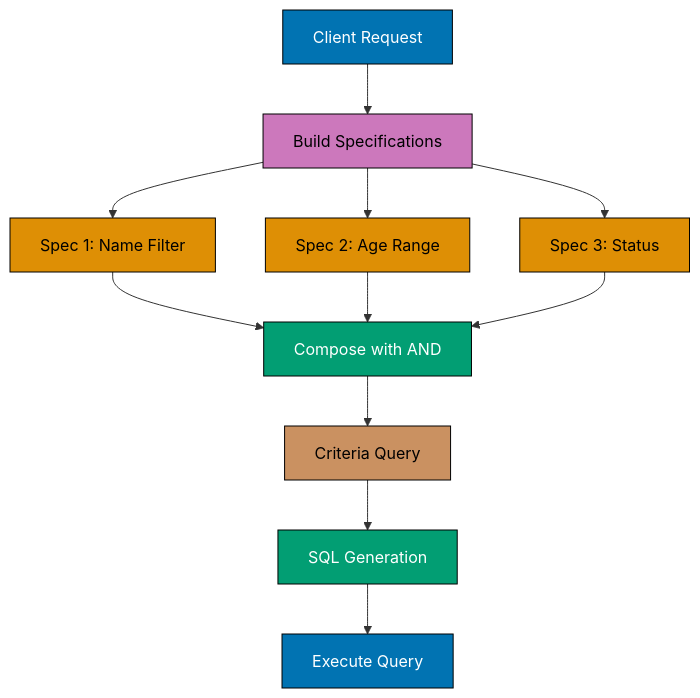
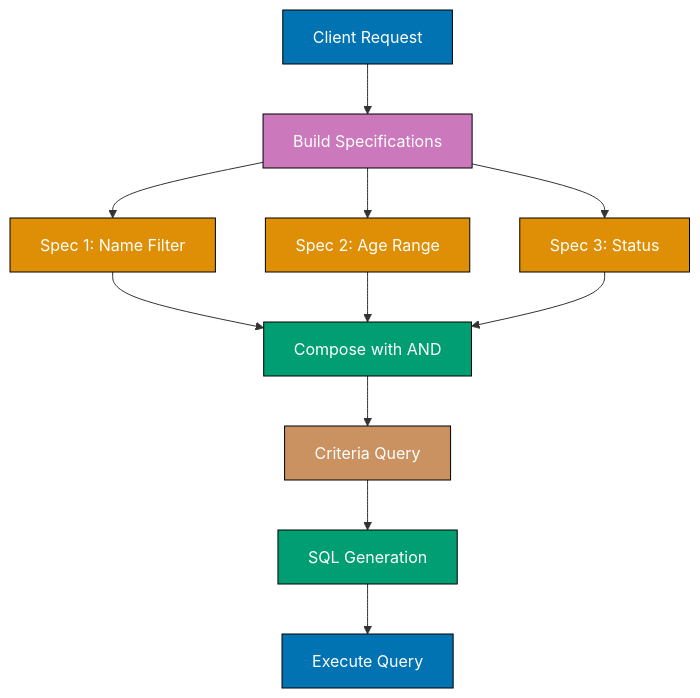
Before and after one commit to wahidyankf/open-sharia-enterprise: the fourth of 12 diagrams in apps/ayokoding-web/content/en/learn/software-engineering/data/tools/spring-data-jpa/by-example/intermediate.md, drawn with Mermaid. The commit also changed other lines of this file and 61 other files, not shown here.

First line of the commit message:
fix(ayokoding-web): quote Mermaid node labels with special characters in Example 63

````diff
--- a/apps/ayokoding-web/content/en/learn/software-engineering/data/tools/spring-data-jpa/by-example/intermediate.md
+++ b/apps/ayokoding-web/content/en/learn/software-engineering/data/tools/spring-data-jpa/by-example/intermediate.md
@@ -515,24 +515,24 @@
 ```mermaid
 %% Specification composition pattern
 graph TD
     A[Client Request] --> B[Build Specifications]
     B --> C[Spec 1: Name Filter]
     B --> D[Spec 2: Age Range]
     B --> E[Spec 3: Status]
     C --> F[Compose with AND]
     D --> F
     E --> F
     F --> G[Criteria Query]
     G --> H[SQL Generation]
     H --> I[Execute Query]
 
     style A fill:#0173B2,stroke:#000,color:#fff
-    style B fill:#CC78BC,stroke:#000,color:#000
-    style C fill:#DE8F05,stroke:#000,color:#000
-    style D fill:#DE8F05,stroke:#000,color:#000
-    style E fill:#DE8F05,stroke:#000,color:#000
+    style B fill:#CC78BC,stroke:#000,color:#fff
+    style C fill:#DE8F05,stroke:#000,color:#fff
+    style D fill:#DE8F05,stroke:#000,color:#fff
+    style E fill:#DE8F05,stroke:#000,color:#fff
     style F fill:#029E73,stroke:#000,color:#fff
-    style G fill:#CA9161,stroke:#000,color:#000
+    style G fill:#CA9161,stroke:#000,color:#fff
     style H fill:#029E73,stroke:#000,color:#fff
     style I fill:#0173B2,stroke:#000,color:#fff
 ```
````
